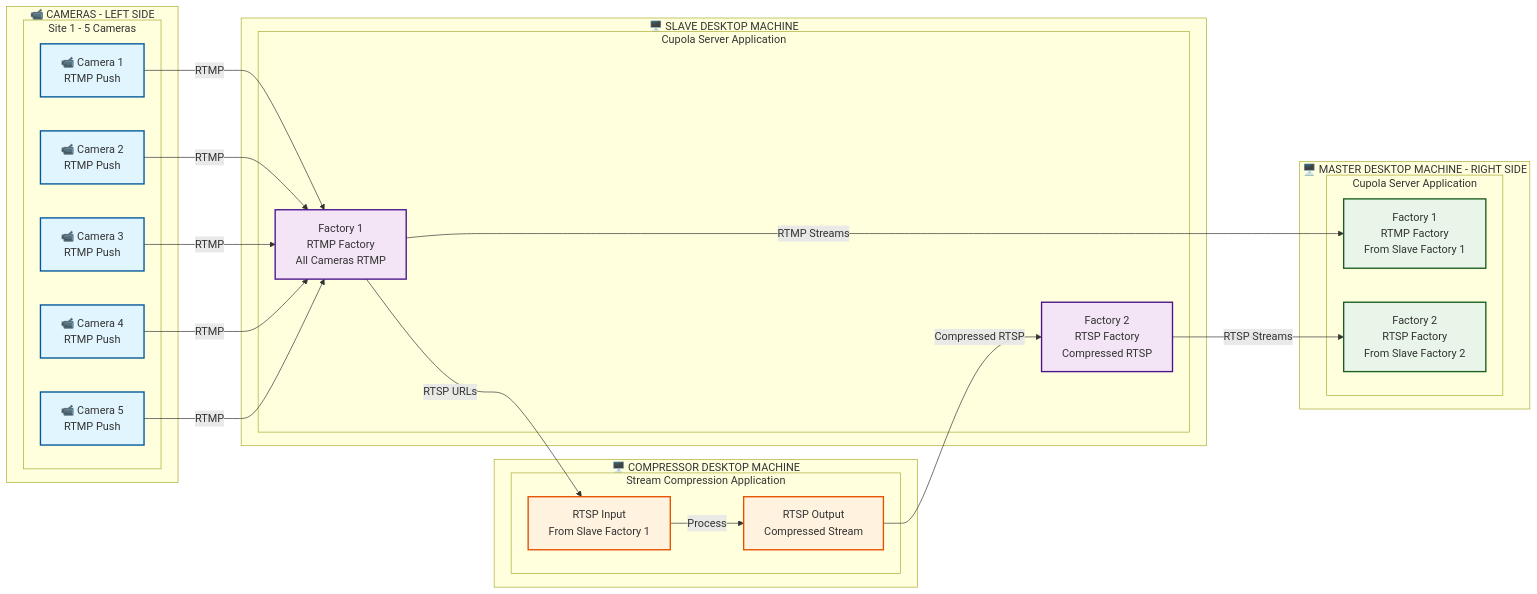
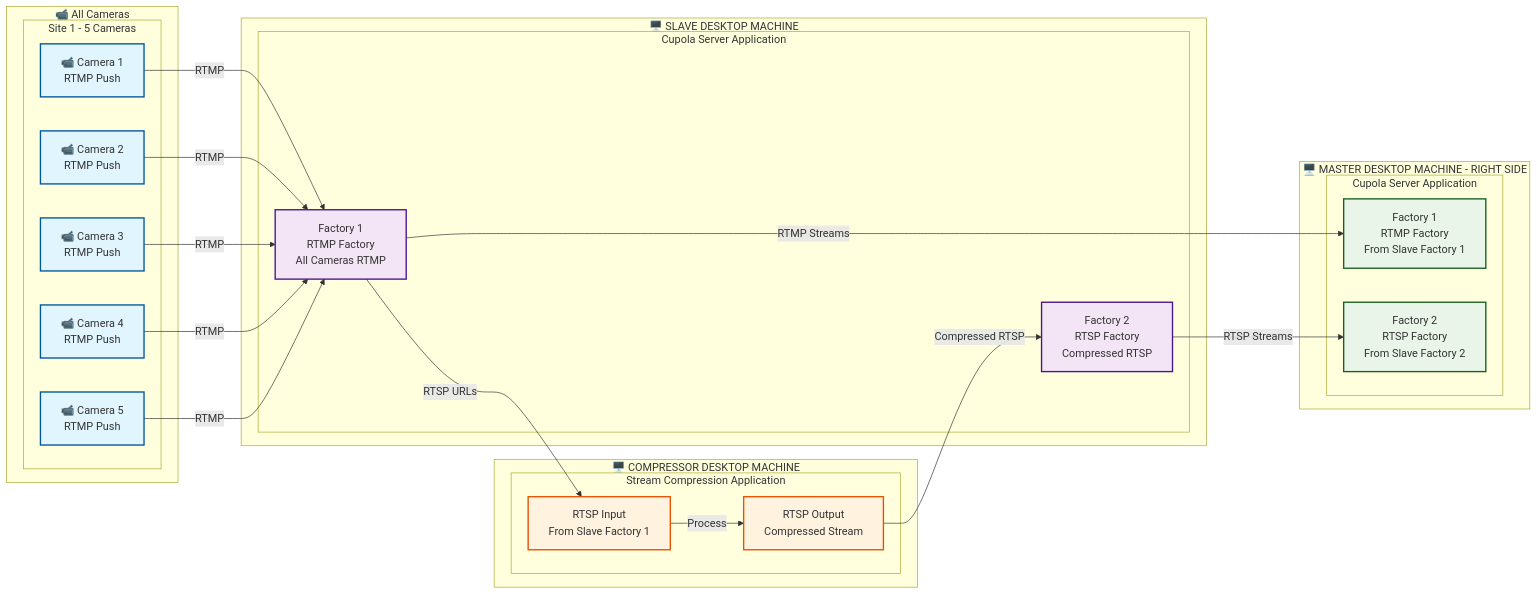
One commit to sainisoftravi/Architecture_Sites changed the diagram in POC_Sites_Architecture_Diagram.md. Above: the diagram before and after it, drawn with Mermaid. The commit also changed other lines of this file, not shown here.

````diff
--- a/POC_Sites_Architecture_Diagram.md
+++ b/POC_Sites_Architecture_Diagram.md
@@ -8,68 +8,68 @@
 ```mermaid
 graph LR
-    subgraph "📹 CAMERAS - LEFT SIDE"
+    subgraph "📹 All Cameras"
         subgraph "Site 1 - 5 Cameras"
             C1_1[📹 Camera 1<br/>RTMP Push]
             C1_2[📹 Camera 2<br/>RTMP Push]
             C1_3[📹 Camera 3<br/>RTMP Push]
             C1_4[📹 Camera 4<br/>RTMP Push]
             C1_5[📹 Camera 5<br/>RTMP Push]
         end
 
     end
 
     subgraph "🖥️ SLAVE DESKTOP MACHINE"
         subgraph "Cupola Server Application"
             SF1[Factory 1<br/>RTMP Factory<br/>All Cameras RTMP]
             SF2[Factory 2<br/>RTSP Factory<br/>Compressed RTSP]
         end
     end
 
     subgraph "🖥️ COMPRESSOR DESKTOP MACHINE"
         subgraph "Stream Compression Application"
             SC_IN[RTSP Input<br/>From Slave Factory 1]
             SC_OUT[RTSP Output<br/>Compressed Stream]
         end
     end
 
     subgraph "🖥️ MASTER DESKTOP MACHINE - RIGHT SIDE"
         subgraph "Cupola Server Application"
             MF1[Factory 1<br/>RTMP Factory<br/>From Slave Factory 1]
             MF2[Factory 2<br/>RTSP Factory<br/>From Slave Factory 2]
         end
     end
 
     %% Camera connections to Slave Factory 1 (RTMP)
     C1_1 -->|RTMP| SF1
     C1_2 -->|RTMP| SF1
     C1_3 -->|RTMP| SF1
     C1_4 -->|RTMP| SF1
     C1_5 -->|RTMP| SF1
 
 
     %% Slave Factory 1 generates RTSP URLs for Compressor
     SF1 -->|RTSP URLs| SC_IN
 
     %% Compressor internal flow
     SC_IN -->|Process| SC_OUT
 
     %% Compressor outputs compressed RTSP to Slave Factory 2
     SC_OUT -->|Compressed RTSP| SF2
 
     %% Slave to Master connections
     SF1 -->|RTMP Streams| MF1
     SF2 -->|RTSP Streams| MF2
 
     %% Styling
     classDef camera fill:#e1f5fe,stroke:#01579b,stroke-width:2px
     classDef desktop fill:#f0f0f0,stroke:#333,stroke-width:3px
     classDef compressor fill:#fff3e0,stroke:#e65100,stroke-width:2px
     classDef slave fill:#f3e5f5,stroke:#4a148c,stroke-width:2px
     classDef master fill:#e8f5e8,stroke:#1b5e20,stroke-width:2px
     classDef factory fill:#fce4ec,stroke:#880e4f,stroke-width:2px
 
     class C1_1,C1_2,C1_3,C1_4,C1_5,C2_1,C2_2,C2_3,C2_4,C2_5,CN_1,CN_2,CN_3,CN_4,CN_5 camera
     class SC_IN,SC_OUT compressor
     class SF1,SF2 slave
     class MF1,MF2 master
 ```
````
